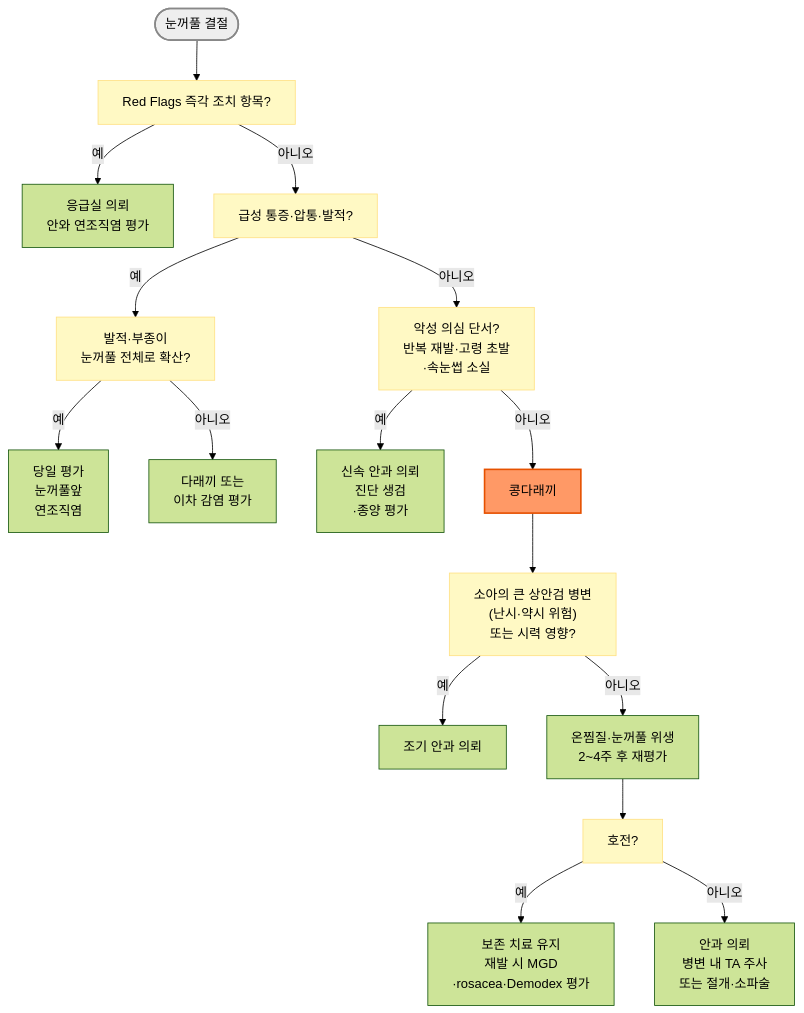
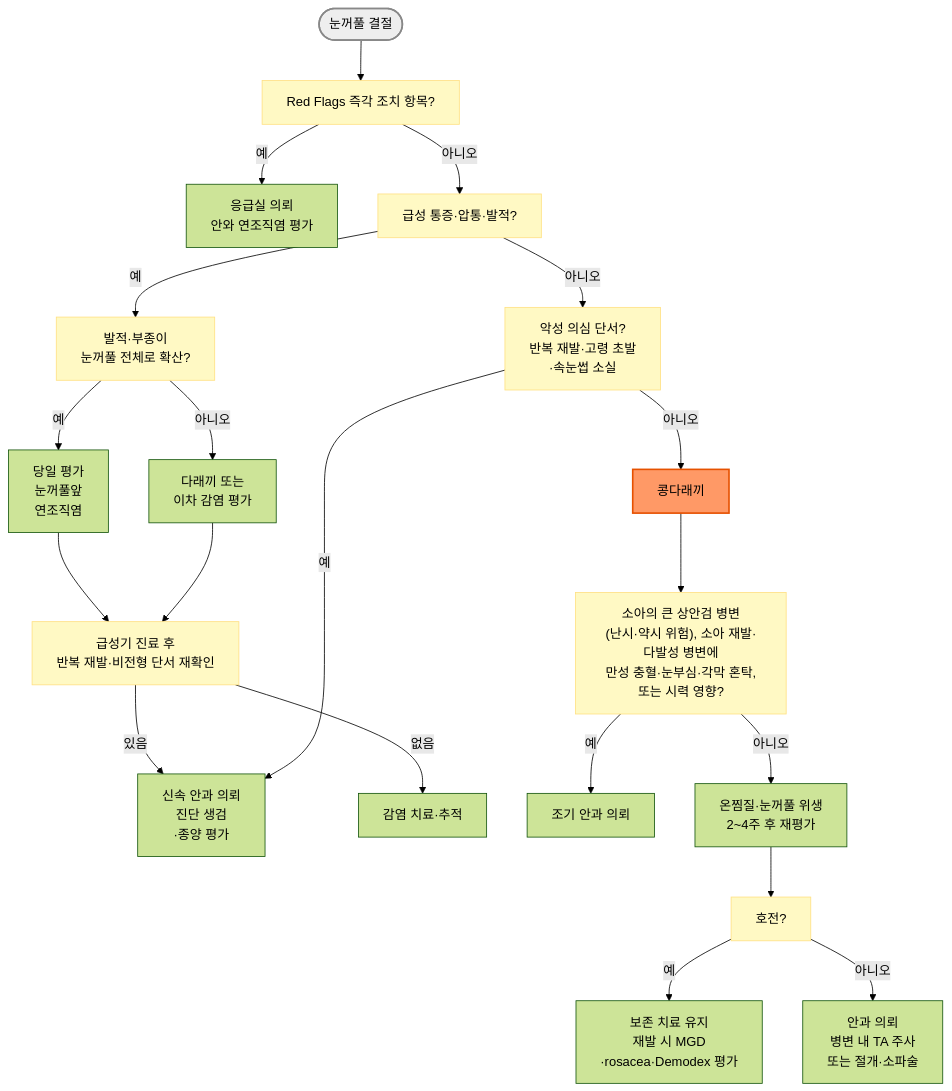
The diagram in 222_/041_-chalazion.md (familyoh77/familyoh77), drawn with Mermaid (forest theme) before and after one commit. The commit also changed other lines of this file and 1 other file, not shown here.

````diff
--- a/222_/041_-chalazion.md
+++ b/222_/041_-chalazion.md
@@ -96,23 +96,27 @@
 ```mermaid
 graph TD
     Start(["눈꺼풀 결절"]) --> Q1["Red Flags 즉각 조치 항목?"]
     Q1 -->|예| ER["응급실 의뢰<br>안와 연조직염 평가"]
     Q1 -->|아니오| Q2["급성 통증·압통·발적?"]
     Q2 -->|예| Q2b["발적·부종이 <br>눈꺼풀 전체로 확산?"]
     Q2b -->|예| PC["당일 평가<br>눈꺼풀앞 <br>연조직염"]
     Q2b -->|아니오| HD["다래끼 또는 <br>이차 감염 평가"]
+    PC --> R3["급성기 진료 후<br>반복 재발·비전형 단서 재확인"]
+    HD --> R3
+    R3 -->|있음| BX["신속 안과 의뢰<br>진단 생검<br>·종양 평가"]
+    R3 -->|없음| IF["감염 치료·추적"]
     Q2 -->|아니오| Q3["악성 의심 단서?<br>반복 재발·고령 초발<br>·속눈썹 소실"]
-    Q3 -->|예| BX["신속 안과 의뢰<br>진단 생검<br>·종양 평가"]
+    Q3 -->|예| BX
     Q3 -->|아니오| CH["콩다래끼"]
-    CH --> Q4["소아의 큰 상안검 병변<br>(난시·약시 위험) <br>또는 시력 영향?"]
+    CH --> Q4["소아의 큰 상안검 병변<br>(난시·약시 위험), 소아 재발·다발성 병변에<br>만성 충혈·눈부심·각막 혼탁,<br>또는 시력 영향?"]
     Q4 -->|예| EARLY["조기 안과 의뢰"]
     Q4 -->|아니오| CONS["온찜질·눈꺼풀 위생<br>2~4주 후 재평가"]
     CONS --> Q5["호전?"]
     Q5 -->|예| F["보존 치료 유지<br>재발 시 MGD<br>·rosacea·Demodex 평가"]
     Q5 -->|아니오| REF["안과 의뢰<br>병변 내 TA 주사 <br>또는 절개·소파술"]
     style Start fill:#eeeeee,stroke:#888888,stroke-width:2px
     classDef yellow fill:#fff9c4,stroke:#ffe082
-    class Q1,Q2,Q2b,Q3,Q4,Q5 yellow
+    class Q1,Q2,Q2b,Q3,R3,Q4,Q5 yellow
     style CH fill:#f96,stroke:#e65100,stroke-width:2px
 
 ```
````
